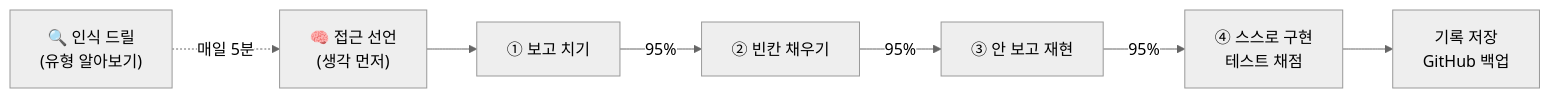
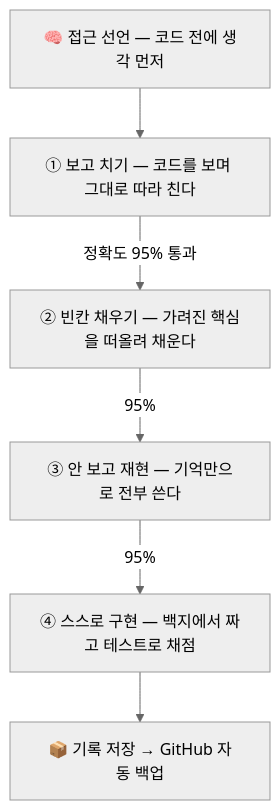
The diagram in README.md (JK42JJ/warfront2), drawn with Mermaid (neutral theme) before and after one commit. The commit also changed other lines of this file, not shown here.

Commit message:
README — Mermaid 세로(TD) 전환, 노드 축소로 가시성 확보

````diff
--- a/README.md
+++ b/README.md
@@ -27,9 +27,9 @@
 ```mermaid
-flowchart LR
-    T["🧠 접근 선언<br/>(생각 먼저)"] --> A["① 보고 치기"]
-    A -->|"95%"| B["② 빈칸 채우기"]
-    B -->|"95%"| C["③ 안 보고 재현"]
-    C -->|"95%"| D["④ 스스로 구현<br/>테스트 채점"]
-    D --> R["기록 저장<br/>GitHub 백업"]
-    I["🔍 인식 드릴<br/>(유형 알아보기)"] -.매일 5분.-> T
+flowchart TD
+    T["🧠 접근 선언 — 코드 전에 생각 먼저"]
+    T --> A["① 보고 치기 — 코드를 보며 그대로 따라 친다"]
+    A -->|"정확도 95% 통과"| B["② 빈칸 채우기 — 가려진 핵심을 떠올려 채운다"]
+    B -->|"95%"| C["③ 안 보고 재현 — 기억만으로 전부 쓴다"]
+    C -->|"95%"| D["④ 스스로 구현 — 백지에서 짜고 테스트로 채점"]
+    D --> R["📦 기록 저장 → GitHub 자동 백업"]
 ```
````
